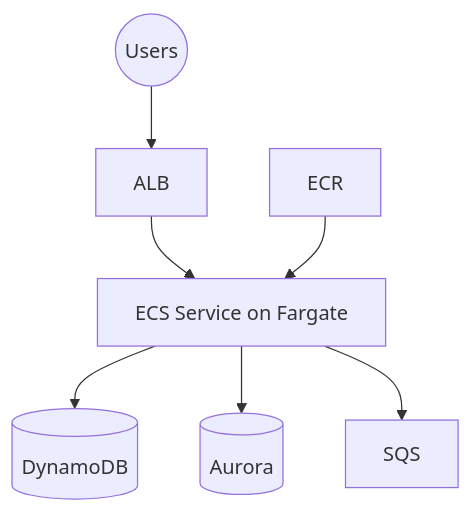
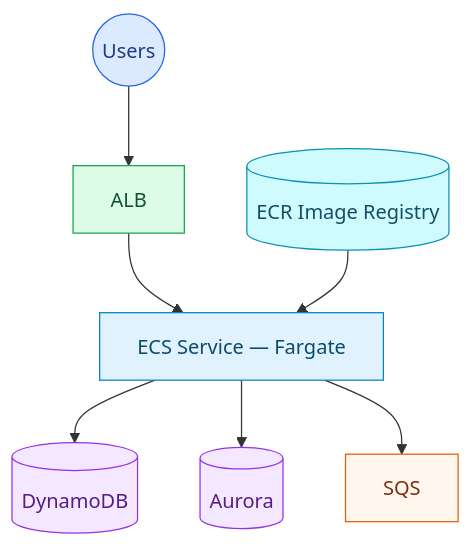
One commit to dinhnhatnguyen/Map_di_phong_van changed the sixth of 11 diagrams in AWS/02-architecture/architecture-patterns.md. Above: the diagram before and after it, drawn with Mermaid. The commit also changed other lines of this file and 1 other file, not shown here.

Commit message:
docs: Enhance architecture patterns documentation with improved mermaid diagrams and additional details

````diff
--- a/AWS/02-architecture/architecture-patterns.md
+++ b/AWS/02-architecture/architecture-patterns.md
@@ -144,9 +187,16 @@
 ```mermaid
 flowchart TD
-    User((Users)) --> ALB[ALB]
-    ALB --> ECS[ECS Service on Fargate]
-    ECS --> DDB[(DynamoDB)]
-    ECS --> Aurora[(Aurora)]
-    ECS --> SQS[SQS]
-    ECR[ECR] --> ECS
+    classDef internet fill:#dbeafe,stroke:#2563eb,color:#1e3a8a
+    classDef lb       fill:#dcfce7,stroke:#16a34a,color:#14532d
+    classDef compute  fill:#e0f2fe,stroke:#0284c7,color:#0c4a6e
+    classDef db       fill:#f3e8ff,stroke:#9333ea,color:#581c87
+    classDef storage  fill:#cffafe,stroke:#0891b2,color:#164e63
+    classDef integration fill:#fff7ed,stroke:#ea580c,color:#7c2d12
+
+    User((Users)):::internet --> ALB[ALB]:::lb
+    ALB --> ECS[ECS Service — Fargate]:::compute
+    ECR[(ECR Image Registry)]:::storage --> ECS
+    ECS --> DDB[(DynamoDB)]:::db
+    ECS --> Aurora[(Aurora)]:::db
+    ECS --> SQS[SQS]:::integration
 ```
````
